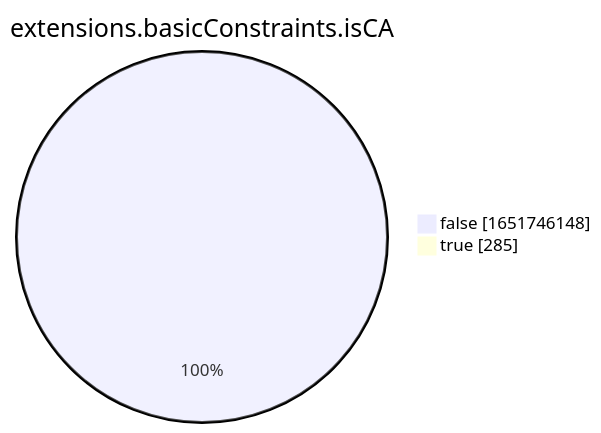
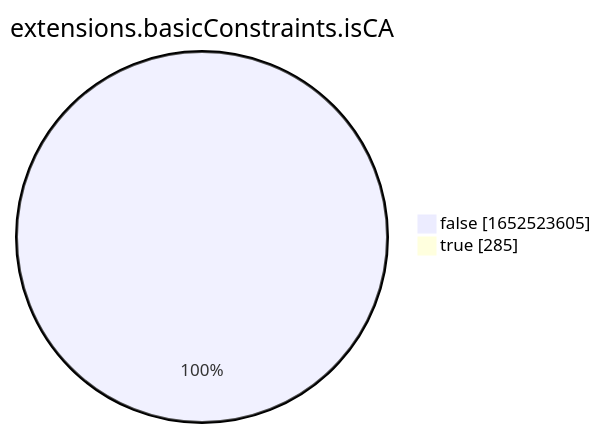
One commit to christiankrug/ctmonitor_visualization changed the eighth of 15 diagrams in xenon2022/README.md. Above: the diagram before and after it, drawn with Mermaid. The commit also changed other lines of this file, not shown here.

````diff
--- a/xenon2022/README.md
+++ b/xenon2022/README.md
@@ -2864,6 +2864,6 @@
 ```mermaid
 pie showData
 title extensions.basicConstraints.isCA
-"false" :1651746148
+"false" :1652523605
 "true" :285
 ```
````
